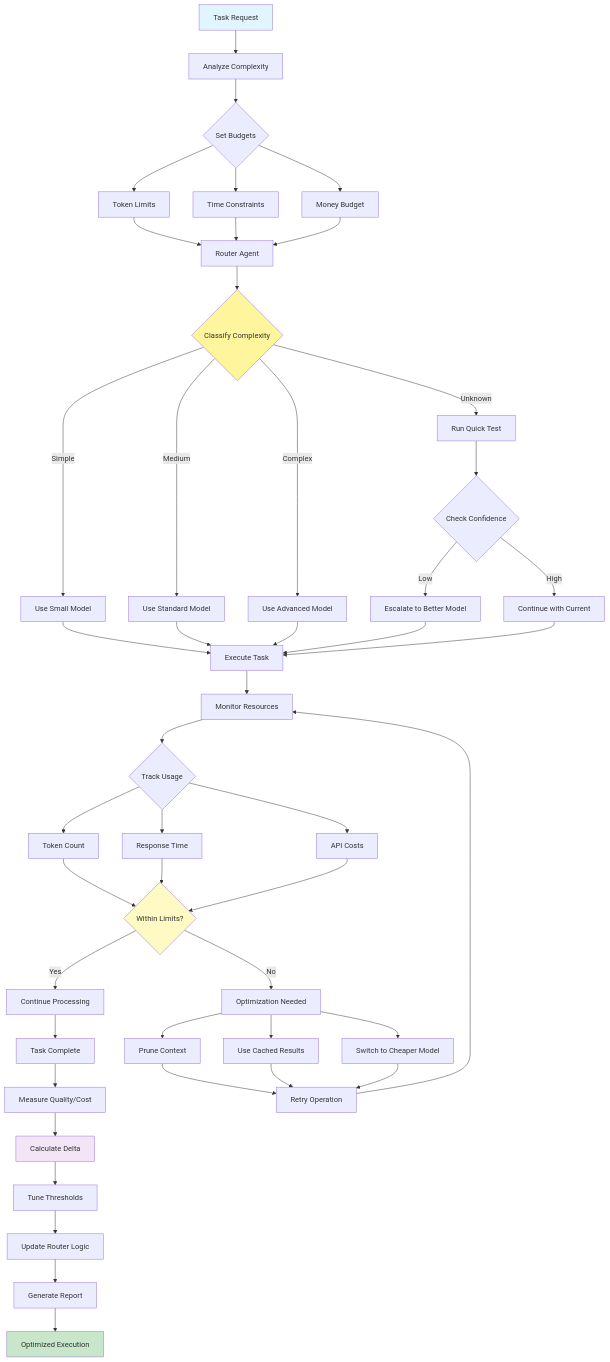
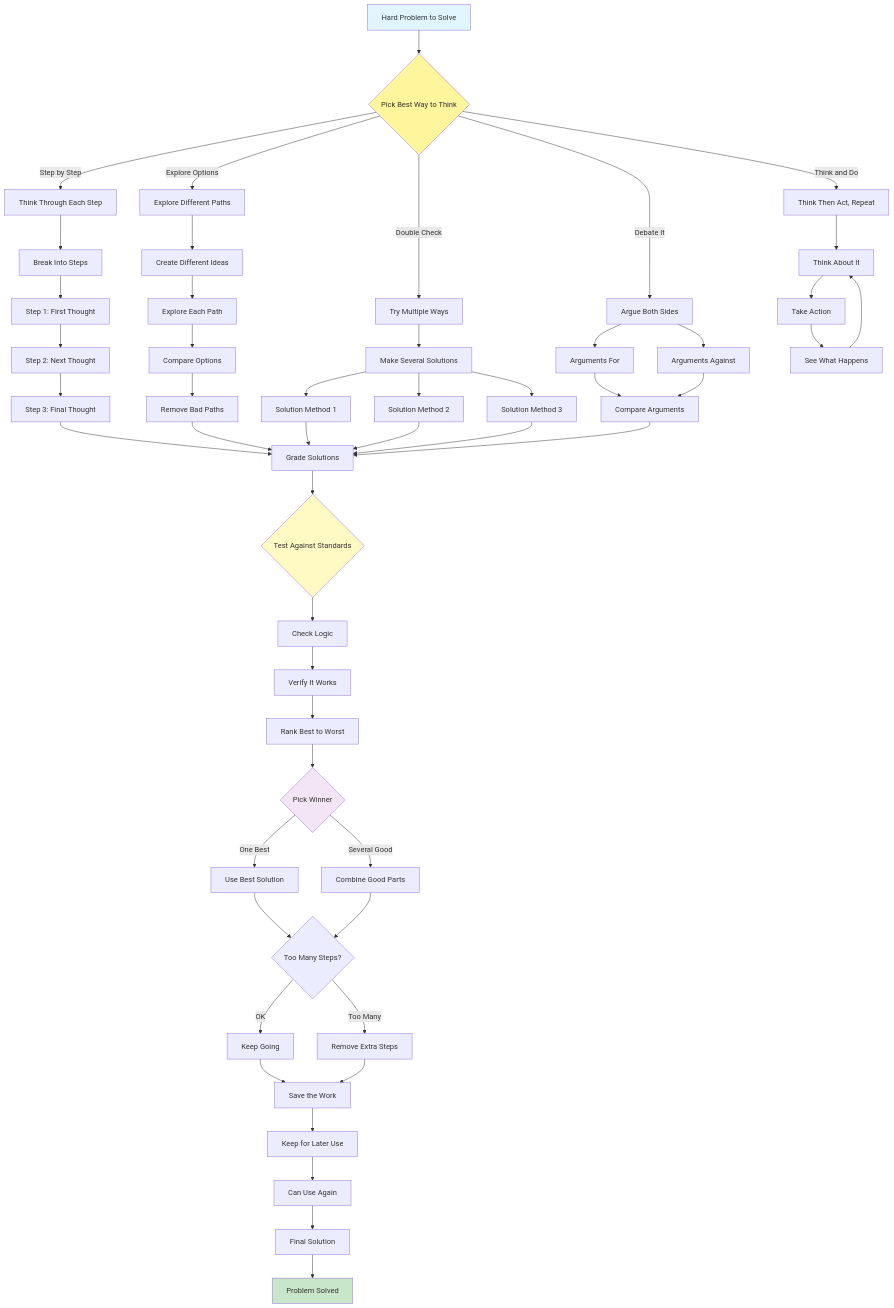
One commit to Adrian-patrick/agentic-ai-design-patterns changed the diagram in diagram.mmd. Above: the diagram before and after it, drawn with Mermaid. The commit also changed 11 other files, not shown here.

```diff
--- a/diagram.mmd
+++ b/diagram.mmd
@@ -1,71 +1,72 @@
 graph TD
-    Start[Task Request] --> Analyze[Analyze Complexity]
+    Start[Hard Problem to Solve] --> Choose{Pick Best Way to Think}
     
-    Analyze --> Budget{Set Budgets}
+    Choose -->|Step by Step| StepByStep[Think Through Each Step]
+    Choose -->|Explore Options| Tree[Explore Different Paths]
+    Choose -->|Double Check| Multiple[Try Multiple Ways]
+    Choose -->|Debate It| Debate[Argue Both Sides]
+    Choose -->|Think and Do| ThinkDo[Think Then Act, Repeat]
     
-    Budget --> Token[Token Limits]
-    Budget --> Time[Time Constraints]
-    Budget --> Cost[Money Budget]
+    StepByStep --> Steps[Break Into Steps]
+    Steps --> Think1[Step 1: First Thought]
+    Think1 --> Think2[Step 2: Next Thought]
+    Think2 --> Think3[Step 3: Final Thought]
     
-    Token --> Router[Router Agent]
-    Time --> Router
-    Cost --> Router
+    Tree --> Branch[Create Different Ideas]
+    Branch --> Explore[Explore Each Path]
+    Explore --> Compare[Compare Options]
+    Compare --> Remove[Remove Bad Paths]
     
-    Router --> Classify{Classify Complexity}
+    Multiple --> Make[Make Several Solutions]
+    Make --> Path1[Solution Method 1]
+    Make --> Path2[Solution Method 2]
+    Make --> Path3[Solution Method 3]
     
-    Classify -->|Simple| Cheap[Use Small Model]
-    Classify -->|Medium| Standard[Use Standard Model]
-    Classify -->|Complex| Premium[Use Advanced Model]
-    Classify -->|Unknown| Test[Run Quick Test]
+    Debate --> For[Arguments For]
+    Debate --> Against[Arguments Against]
+    For --> Discuss[Compare Arguments]
+    Against --> Discuss
     
-    Test --> Confidence{Check Confidence}
+    ThinkDo --> Think[Think About It]
+    Think --> Act[Take Action]
+    Act --> See[See What Happens]
+    See --> Think
     
-    Confidence -->|Low| Escalate[Escalate to Better Model]
-    Confidence -->|High| Proceed[Continue with Current]
+    Think3 --> Grade[Grade Solutions]
+    Remove --> Grade
+    Path1 --> Grade
+    Path2 --> Grade
+    Path3 --> Grade
+    Discuss --> Grade
     
-    Cheap --> Execute[Execute Task]
-    Standard --> Execute
-    Premium --> Execute
-    Escalate --> Execute
-    Proceed --> Execute
+    Grade --> Test{Test Against Standards}
     
-    Execute --> Monitor[Monitor Resources]
+    Test --> Check[Check Logic]
+    Check --> Verify[Verify It Works]
+    Verify --> Rank[Rank Best to Worst]
     
-    Monitor --> Track{Track Usage}
+    Rank --> Pick{Pick Winner}
     
-    Track --> Tokens[Token Count]
-    Track --> Latency[Response Time]
-    Track --> Costs[API Costs]
+    Pick -->|One Best| UseBest[Use Best Solution]
+    Pick -->|Several Good| Combine[Combine Good Parts]
     
-    Tokens --> Check{Within Limits?}
-    Latency --> Check
-    Costs --> Check
+    UseBest --> Limit{Too Many Steps?}
+    Combine --> Limit
     
-    Check -->|Yes| Continue[Continue Processing]
-    Check -->|No| Optimize[Optimization Needed]
+    Limit -->|OK| Continue[Keep Going]
+    Limit -->|Too Many| Trim[Remove Extra Steps]
     
-    Optimize --> Prune[Prune Context]
-    Optimize --> Cache[Use Cached Results]
-    Optimize --> Downgrade[Switch to Cheaper Model]
+    Continue --> Save[Save the Work]
+    Trim --> Save
     
-    Prune --> Retry[Retry Operation]
-    Cache --> Retry
-    Downgrade --> Retry
+    Save --> Keep[Keep for Later Use]
+    Keep --> CanReuse[Can Use Again]
     
-    Continue --> Complete[Task Complete]
-    Retry --> Monitor
-    
-    Complete --> Measure[Measure Quality/Cost]
-    Measure --> Delta[Calculate Delta]
-    
-    Delta --> Tune[Tune Thresholds]
-    Tune --> Learn[Update Router Logic]
-    
-    Learn --> Report[Generate Report]
-    Report --> End[Optimized Execution]
+    CanReuse --> Answer[Final Solution]
+    Answer --> End[Problem Solved]
 
     style Start fill:#e1f5fe
-    style Classify fill:#fff59d
-    style Check fill:#fff9c4
-    style Delta fill:#f3e5f5
+    style Choose fill:#fff59d
+    style Test fill:#fff9c4
+    style Pick fill:#f3e5f5
     style End fill:#c8e6c9
```
